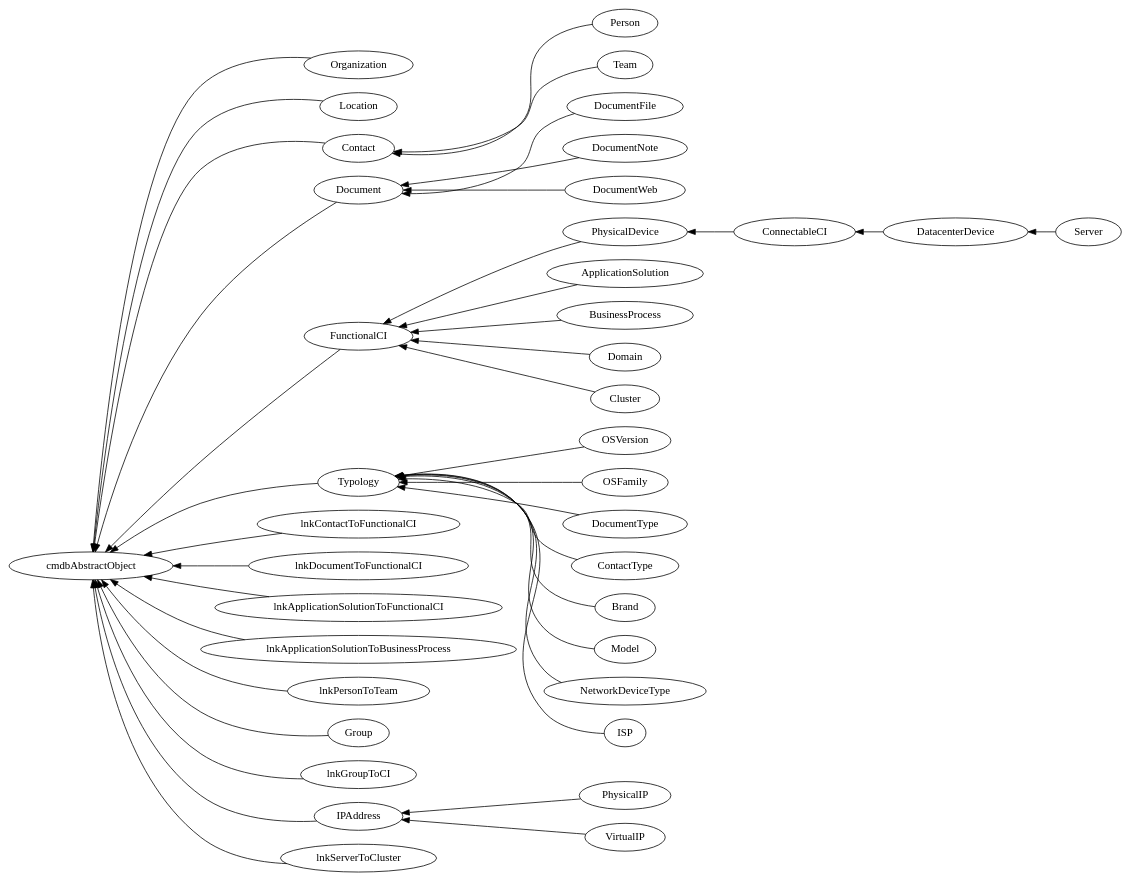
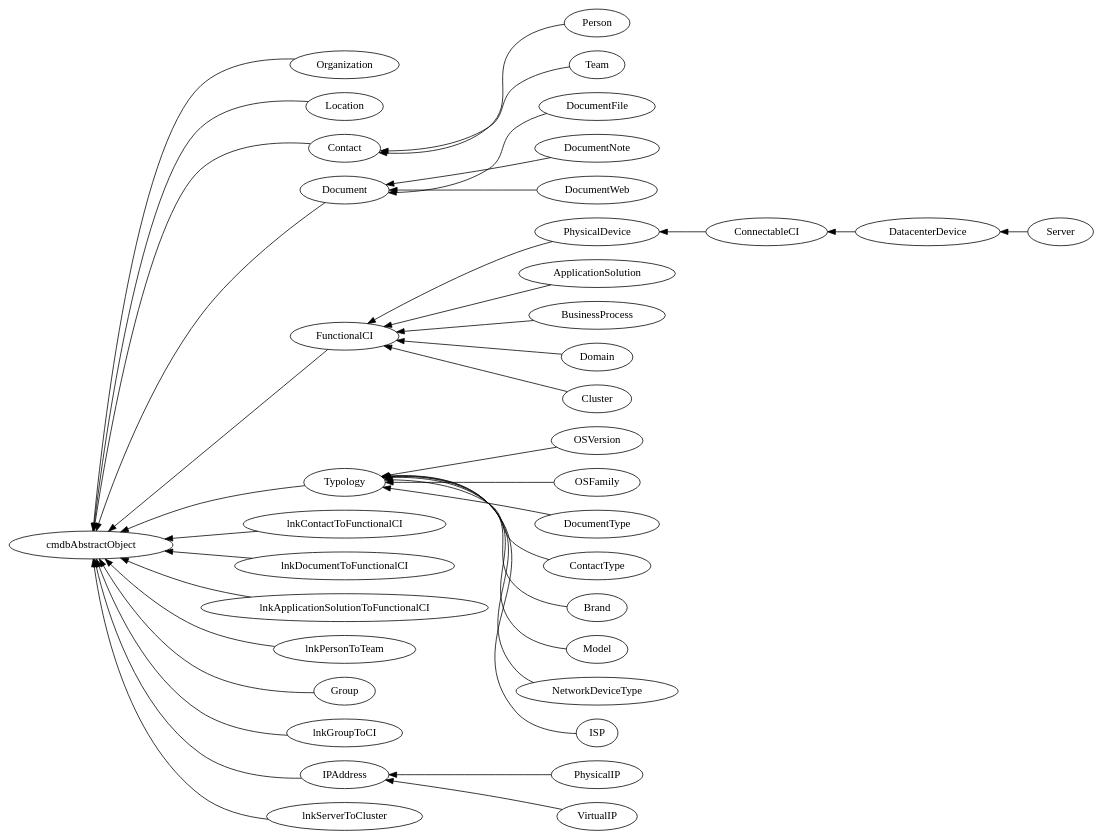
Before and after one commit to ops-itop/itop-extensions: the diagram in itop.dot, drawn with Graphviz. The commit also changed 3 other files, not shown here.

```diff
--- a/itop.dot
+++ b/itop.dot
@@ -1,41 +1,40 @@
 digraph G{
 rankdir=RL
 Organization->cmdbAbstractObject
 Location->cmdbAbstractObject
 Contact->cmdbAbstractObject
 Person->Contact
 Team->Contact
 Document->cmdbAbstractObject
 DocumentFile->Document
 DocumentNote->Document
 DocumentWeb->Document
 FunctionalCI->cmdbAbstractObject
 PhysicalDevice->FunctionalCI
 ConnectableCI->PhysicalDevice
 DatacenterDevice->ConnectableCI
 Server->DatacenterDevice
 ApplicationSolution->FunctionalCI
 BusinessProcess->FunctionalCI
 Typology->cmdbAbstractObject
 OSVersion->Typology
 OSFamily->Typology
 DocumentType->Typology
 ContactType->Typology
 Brand->Typology
 Model->Typology
 NetworkDeviceType->Typology
 lnkContactToFunctionalCI->cmdbAbstractObject
 lnkDocumentToFunctionalCI->cmdbAbstractObject
 lnkApplicationSolutionToFunctionalCI->cmdbAbstractObject
-lnkApplicationSolutionToBusinessProcess->cmdbAbstractObject
 lnkPersonToTeam->cmdbAbstractObject
 Group->cmdbAbstractObject
 lnkGroupToCI->cmdbAbstractObject
 IPAddress->cmdbAbstractObject
 PhysicalIP->IPAddress
 VirtualIP->IPAddress
 Domain->FunctionalCI
 Cluster->FunctionalCI
 ISP->Typology
 lnkServerToCluster->cmdbAbstractObject
 }
```
